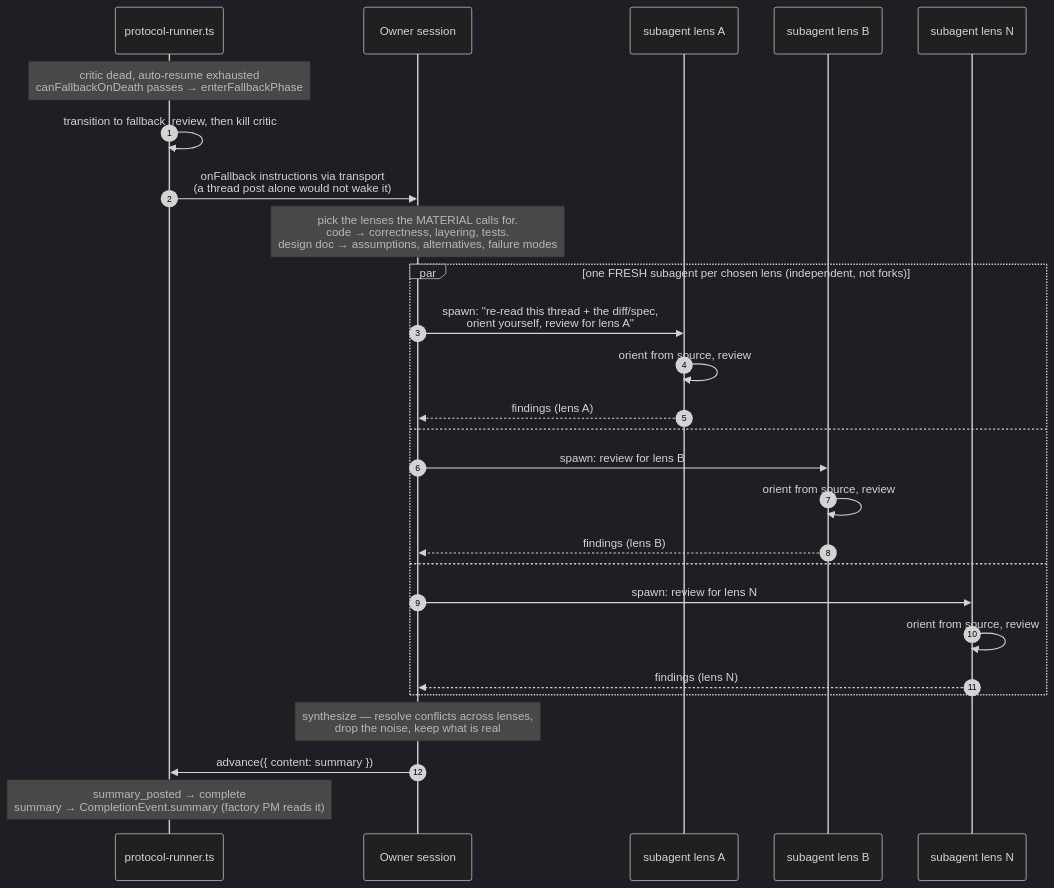
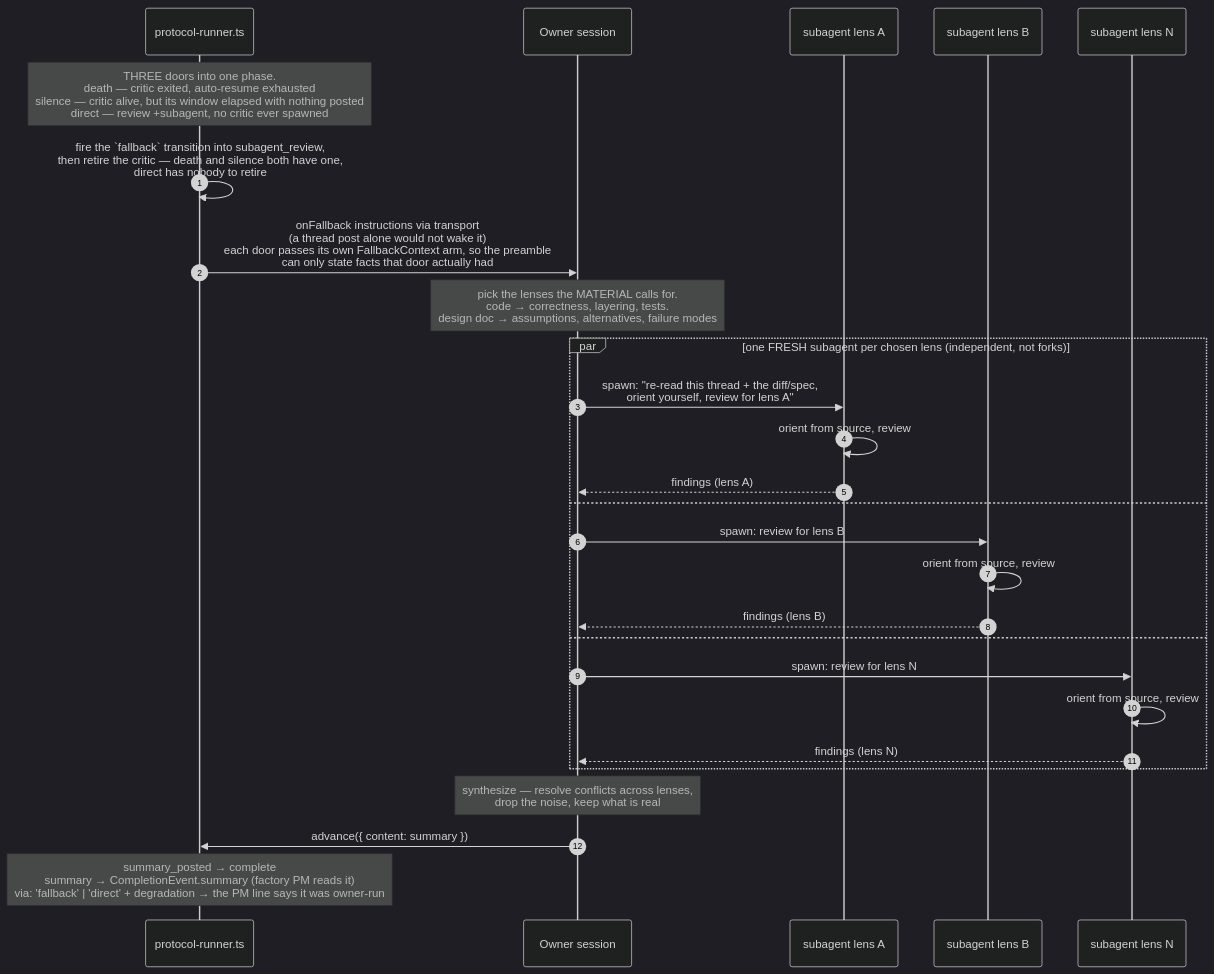
Before and after one commit to sf8193/hydra: the diagram in diagrams/flow-review-fallback.mmd, drawn with Mermaid (dark theme). The commit also changed 19 other files, not shown here.

First line of the commit message:
Review expressiveness: +subagent direct trigger, +no-fallback, via metadata, timeout fallback (#325)

```diff
--- a/diagrams/flow-review-fallback.mmd
+++ b/diagrams/flow-review-fallback.mmd
@@ -1,41 +1,43 @@
-%% Owner-driven subagent review — what the critic-death fallback actually does:
+%% Owner-driven subagent review — what the subagent_review phase actually does:
 %% the owner fans out to fresh, independent subagents (one per material-driven
 %% lens, NOT forks of its own context), runs them in parallel, and synthesizes
 %% their findings into the closing summary.
 %%
-%% This diagram is scoped to the subagent dynamics. The engine-side TRIGGER that
-%% gets here — critic death, 3s debounce, auto-resume (up to 5), grace timer,
-%% canFallbackOnDeath — is in flow-protocol-robustness.mmd. enterFallbackPhase in
-%% protocol-runner.ts is the seam between the two.
+%% This diagram is scoped to the subagent dynamics, which are identical whichever
+%% door the phase was entered through. The engine-side TRIGGERS that get here —
+%% critic death or silence (3s debounce, auto-resume up to 5, grace timer,
+%% canFallbackOnDeath), and the direct `review +subagent` request — are in
+%% flow-protocol-robustness.mmd. enterFallbackPhase / enterDirectSubagentPhase in
+%% protocol-runner.ts are the seam between the two.
 
 sequenceDiagram
     autonumber
     participant PR as protocol-runner.ts
     participant Owner as Owner session
     participant LA as subagent lens A
     participant LB as subagent lens B
     participant LN as subagent lens N
 
-    Note over PR: critic dead, auto-resume exhausted<br/>canFallbackOnDeath passes → enterFallbackPhase
-    PR->>PR: transition to fallback_review, then kill critic
-    PR->>Owner: onFallback instructions via transport<br/>(a thread post alone would not wake it)
+    Note over PR: THREE doors into one phase.<br/>death — critic exited, auto-resume exhausted<br/>silence — critic alive, but its window elapsed with nothing posted<br/>direct — review +subagent, no critic ever spawned
+    PR->>PR: fire the `fallback` transition into subagent_review,<br/>then retire the critic — death and silence both have one,<br/>direct has nobody to retire
+    PR->>Owner: onFallback instructions via transport<br/>(a thread post alone would not wake it)<br/>each door passes its own FallbackContext arm, so the preamble<br/>can only state facts that door actually had
 
     Note over Owner: pick the lenses the MATERIAL calls for.<br/>code → correctness, layering, tests.<br/>design doc → assumptions, alternatives, failure modes
 
     par one FRESH subagent per chosen lens (independent, not forks)
         Owner->>LA: spawn: "re-read this thread + the diff/spec,<br/>orient yourself, review for lens A"
         LA->>LA: orient from source, review
         LA-->>Owner: findings (lens A)
     and
         Owner->>LB: spawn: review for lens B
         LB->>LB: orient from source, review
         LB-->>Owner: findings (lens B)
     and
         Owner->>LN: spawn: review for lens N
         LN->>LN: orient from source, review
         LN-->>Owner: findings (lens N)
     end
 
     Note over Owner: synthesize — resolve conflicts across lenses,<br/>drop the noise, keep what is real
     Owner->>PR: advance({ content: summary })
-    Note over PR: summary_posted → complete<br/>summary → CompletionEvent.summary (factory PM reads it)
+    Note over PR: summary_posted → complete<br/>summary → CompletionEvent.summary (factory PM reads it)<br/>via: 'fallback' | 'direct' + degradation → the PM line says it was owner-run
```
